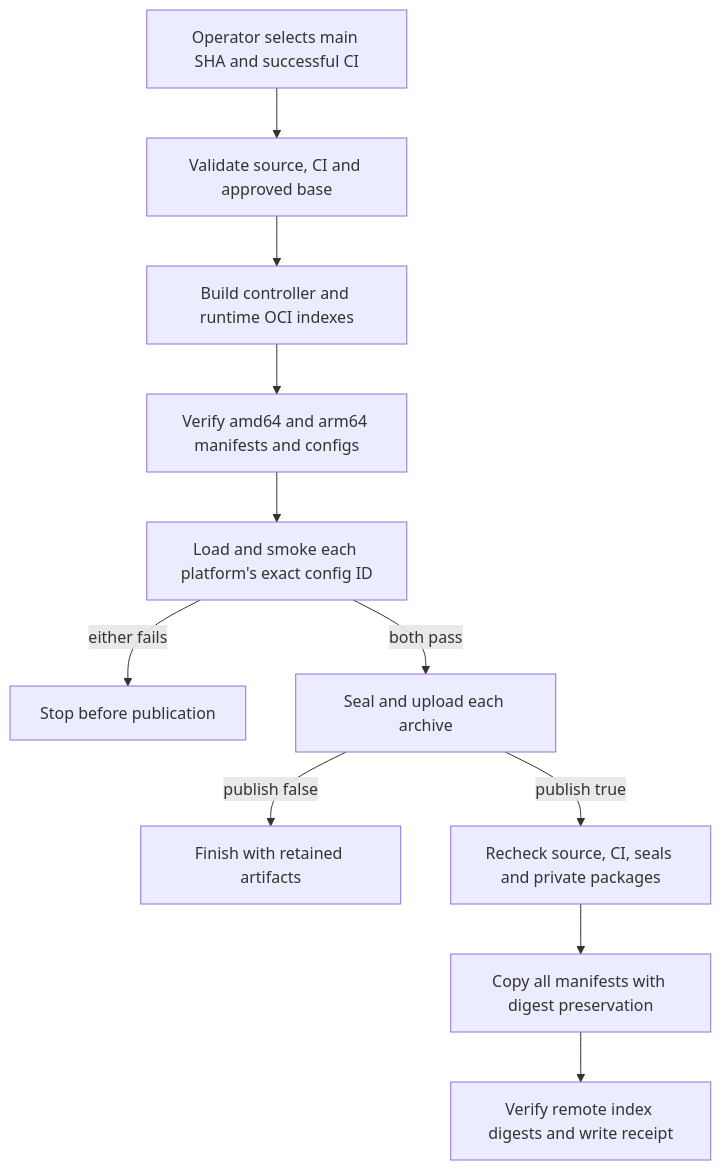
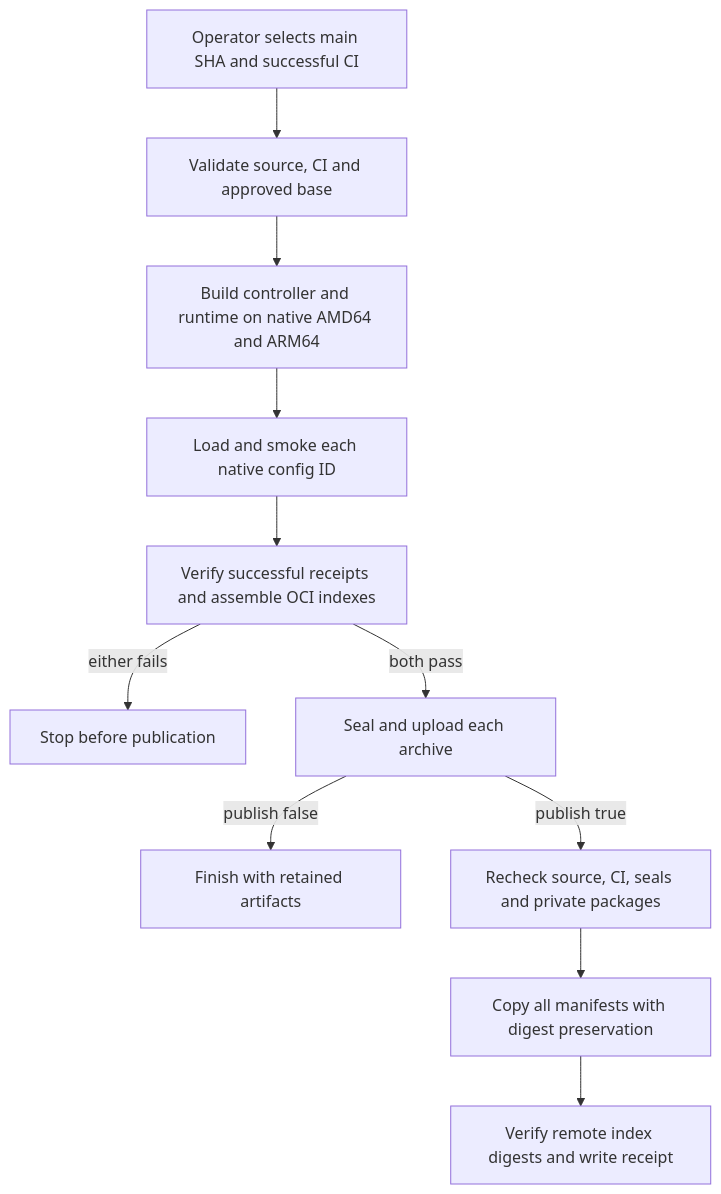
The diagram in docs/flows/container-publication.md (openclaw/openclaw-enterprise), drawn with Mermaid before and after one commit. The commit also changed other lines of this file and 13 other files, not shown here.

Commit message:
ci: optimize native container builds and runtime contents

````diff
--- a/docs/flows/container-publication.md
+++ b/docs/flows/container-publication.md
@@ -29,13 +29,13 @@
 ```mermaid
 graph TD
   A["Operator selects main SHA and successful CI"] --> B["Validate source, CI and approved base"]
-  B --> C["Build controller and runtime OCI indexes"]
-  C --> D["Verify amd64 and arm64 manifests and configs"]
-  D --> E["Load and smoke each platform's exact config ID"]
+  B --> C["Build controller and runtime on native AMD64 and ARM64"]
+  C --> D["Load and smoke each native config ID"]
+  D --> E["Verify successful receipts and assemble OCI indexes"]
   E -->|either fails| X["Stop before publication"]
   E -->|both pass| F["Seal and upload each archive"]
   F -->|publish false| G["Finish with retained artifacts"]
   F -->|publish true| I["Recheck source, CI, seals and private packages"]
   I --> J["Copy all manifests with digest preservation"]
   J --> K["Verify remote index digests and write receipt"]
 ```
````
